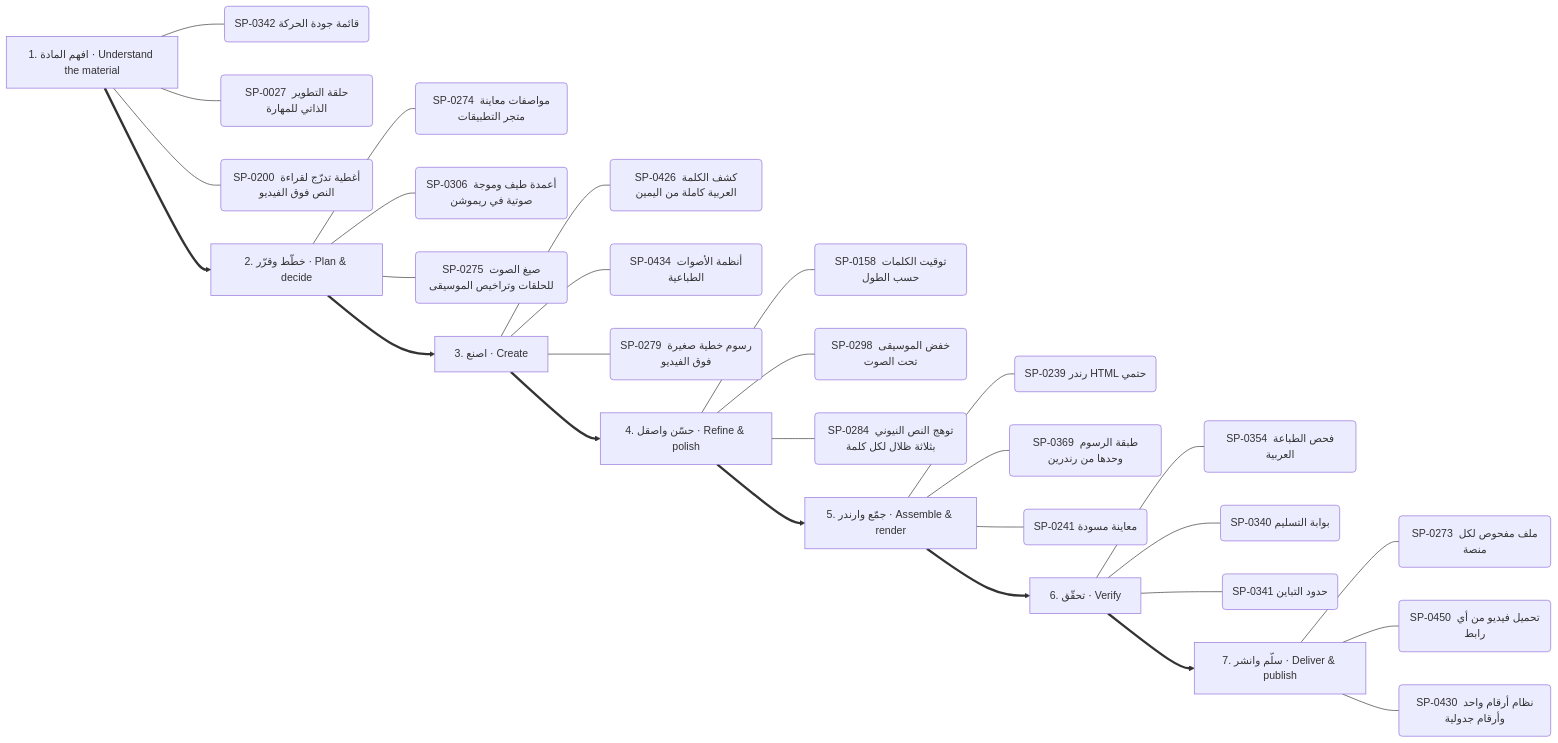
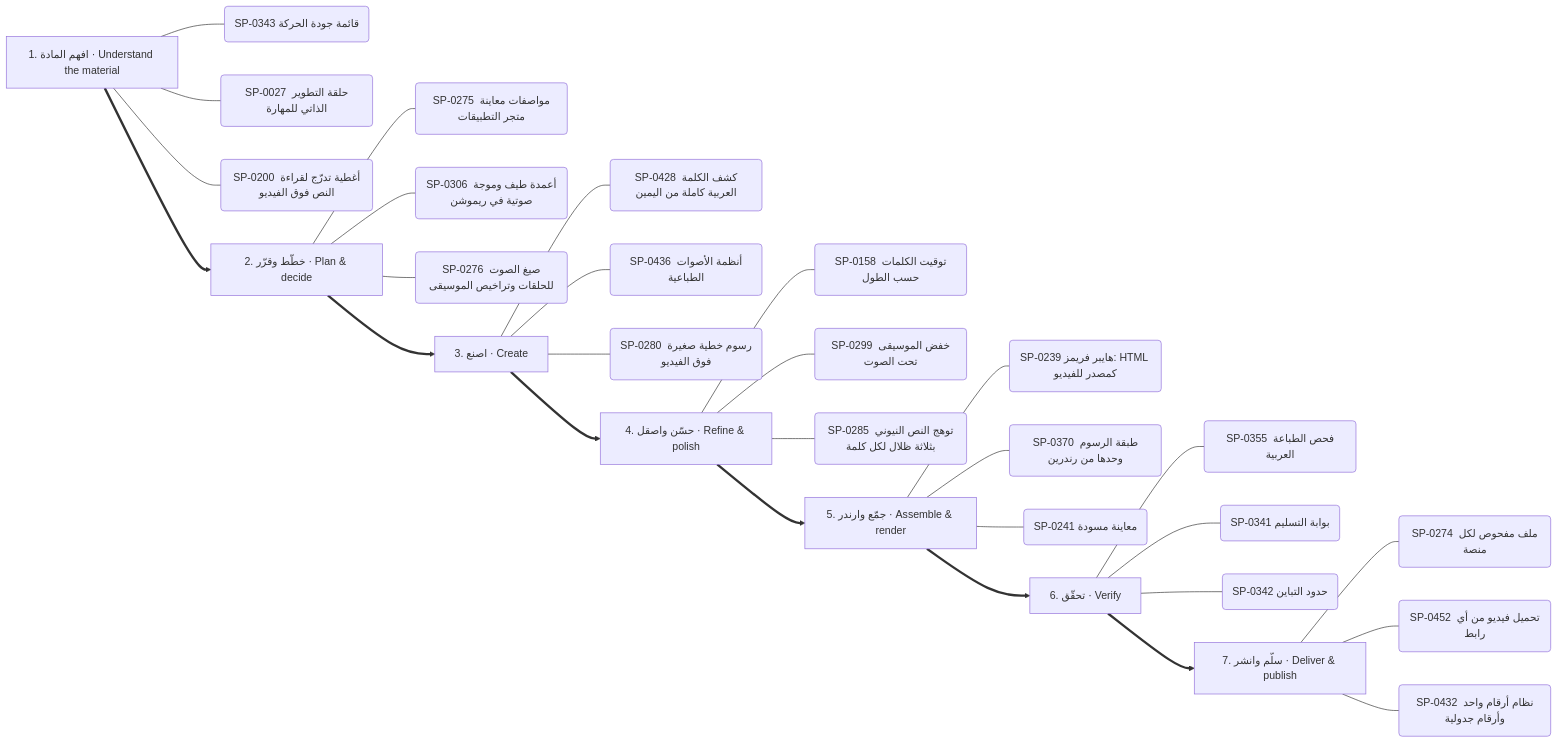
The second of 13 diagrams in .claude/skills/kosif-superpowers/references/capability-mindmap.md (kosif199022-jpg/kosif-tool), drawn with Mermaid before and after one commit. The commit also changed other lines of this file and 35 other files, not shown here.

````diff
--- a/.claude/skills/kosif-superpowers/references/capability-mindmap.md
+++ b/.claude/skills/kosif-superpowers/references/capability-mindmap.md
@@ -126,37 +125,37 @@
 ```mermaid
 flowchart LR
   S0["1. افهم المادة · Understand the material"]
-  S0 --- S0_0("SP-0342 قائمة جودة الحركة")
+  S0 --- S0_0("SP-0343 قائمة جودة الحركة")
   S0 --- S0_1("SP-0027 حلقة التطوير الذاتي للمهارة")
   S0 --- S0_2("SP-0200 أغطية تدرّج لقراءة النص فوق الفيديو")
   S1["2. خطّط وقرّر · Plan & decide"]
-  S1 --- S1_0("SP-0274 مواصفات معاينة متجر التطبيقات")
+  S1 --- S1_0("SP-0275 مواصفات معاينة متجر التطبيقات")
   S1 --- S1_1("SP-0306 أعمدة طيف وموجة صوتية في ريموشن")
-  S1 --- S1_2("SP-0275 صيغ الصوت للحلقات وتراخيص الموسيقى")
+  S1 --- S1_2("SP-0276 صيغ الصوت للحلقات وتراخيص الموسيقى")
   S0 ==> S1
   S2["3. اصنع · Create"]
-  S2 --- S2_0("SP-0426 كشف الكلمة العربية كاملة من اليمين")
-  S2 --- S2_1("SP-0434 أنظمة الأصوات الطباعية")
-  S2 --- S2_2("SP-0279 رسوم خطية صغيرة فوق الفيديو")
+  S2 --- S2_0("SP-0428 كشف الكلمة العربية كاملة من اليمين")
+  S2 --- S2_1("SP-0436 أنظمة الأصوات الطباعية")
+  S2 --- S2_2("SP-0280 رسوم خطية صغيرة فوق الفيديو")
   S1 ==> S2
   S3["4. حسّن واصقل · Refine & polish"]
   S3 --- S3_0("SP-0158 توقيت الكلمات حسب الطول")
-  S3 --- S3_1("SP-0298 خفض الموسيقى تحت الصوت")
-  S3 --- S3_2("SP-0284 توهج النص النيوني بثلاثة ظلال لكل كلمة")
+  S3 --- S3_1("SP-0299 خفض الموسيقى تحت الصوت")
+  S3 --- S3_2("SP-0285 توهج النص النيوني بثلاثة ظلال لكل كلمة")
   S2 ==> S3
   S4["5. جمّع وارندر · Assemble & render"]
-  S4 --- S4_0("SP-0239 رندر HTML حتمي")
-  S4 --- S4_1("SP-0369 طبقة الرسوم وحدها من رندرين")
+  S4 --- S4_0("SP-0239 هايبر فريمز: HTML كمصدر للفيديو")
+  S4 --- S4_1("SP-0370 طبقة الرسوم وحدها من رندرين")
   S4 --- S4_2("SP-0241 معاينة مسودة")
   S3 ==> S4
   S5["6. تحقّق · Verify"]
-  S5 --- S5_0("SP-0354 فحص الطباعة العربية")
-  S5 --- S5_1("SP-0340 بوابة التسليم")
-  S5 --- S5_2("SP-0341 حدود التباين")
+  S5 --- S5_0("SP-0355 فحص الطباعة العربية")
+  S5 --- S5_1("SP-0341 بوابة التسليم")
+  S5 --- S5_2("SP-0342 حدود التباين")
   S4 ==> S5
   S6["7. سلّم وانشر · Deliver & publish"]
-  S6 --- S6_0("SP-0273 ملف مفحوص لكل منصة")
-  S6 --- S6_1("SP-0450 تحميل فيديو من أي رابط")
-  S6 --- S6_2("SP-0430 نظام أرقام واحد وأرقام جدولية")
+  S6 --- S6_0("SP-0274 ملف مفحوص لكل منصة")
+  S6 --- S6_1("SP-0452 تحميل فيديو من أي رابط")
+  S6 --- S6_2("SP-0432 نظام أرقام واحد وأرقام جدولية")
   S5 ==> S6
 ```
````
